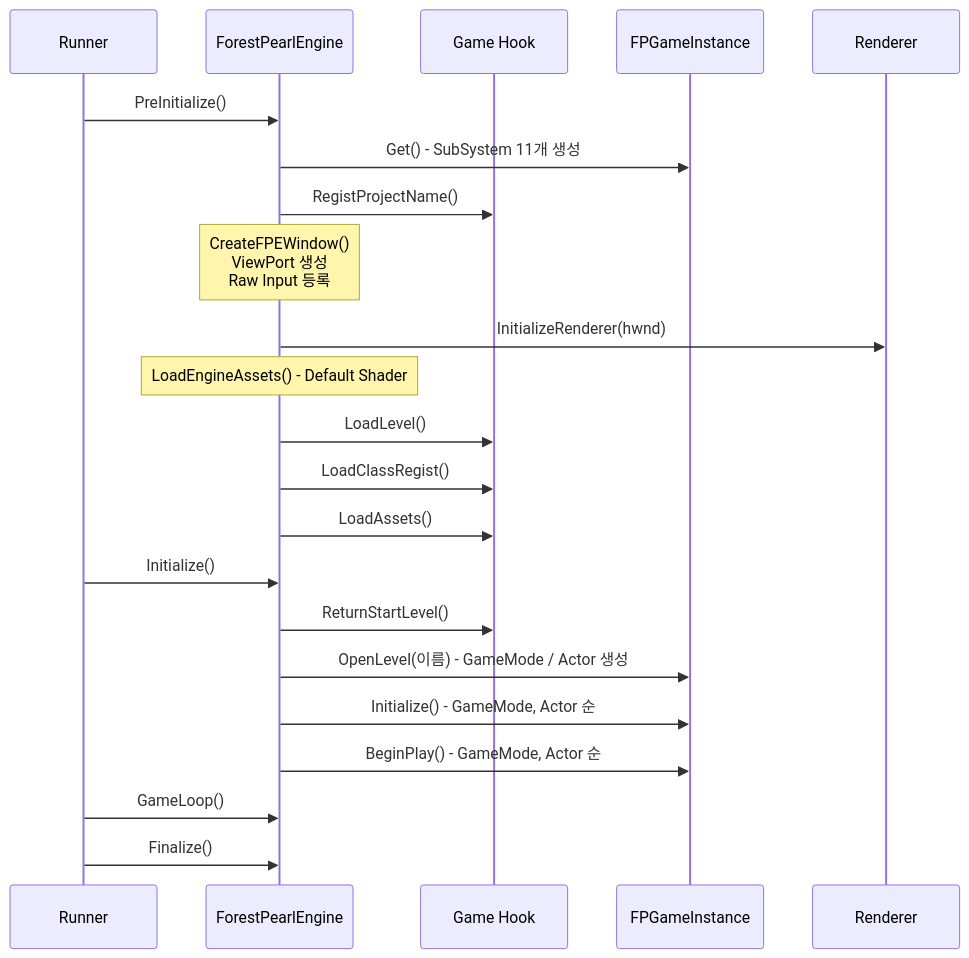
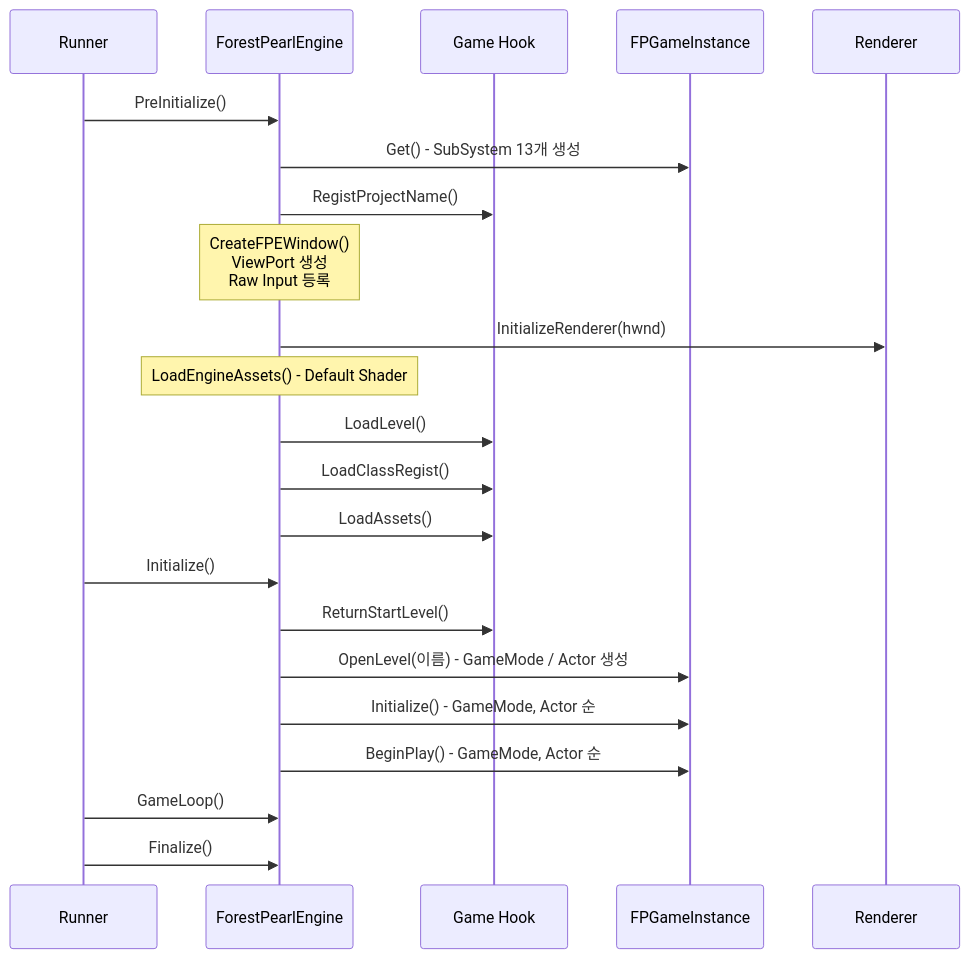
Before and after one commit to Gat-Young/ForestPearlEngine: the third of 12 diagrams in README.md, drawn with Mermaid. The commit also changed other lines of this file, not shown here.

````diff
--- a/README.md
+++ b/README.md
@@ -357,27 +369,27 @@
 ```mermaid
 sequenceDiagram
     participant Run as Runner
     participant Eng as ForestPearlEngine
     participant Game as Game Hook
     participant GI as FPGameInstance
     participant Ren as Renderer
 
     Run->>Eng: PreInitialize()
-    Eng->>GI: Get() - SubSystem 11개 생성
+    Eng->>GI: Get() - SubSystem 13개 생성
     Eng->>Game: RegistProjectName()
     Note over Eng: CreateFPEWindow()<br/>ViewPort 생성<br/>Raw Input 등록
     Eng->>Ren: InitializeRenderer(hwnd)
     Note over Eng: LoadEngineAssets() - Default Shader
     Eng->>Game: LoadLevel()
     Eng->>Game: LoadClassRegist()
     Eng->>Game: LoadAssets()
 
     Run->>Eng: Initialize()
     Eng->>Game: ReturnStartLevel()
     Eng->>GI: OpenLevel(이름) - GameMode / Actor 생성
     Eng->>GI: Initialize() - GameMode, Actor 순
     Eng->>GI: BeginPlay() - GameMode, Actor 순
 
     Run->>Eng: GameLoop()
     Run->>Eng: Finalize()
 ```
````
